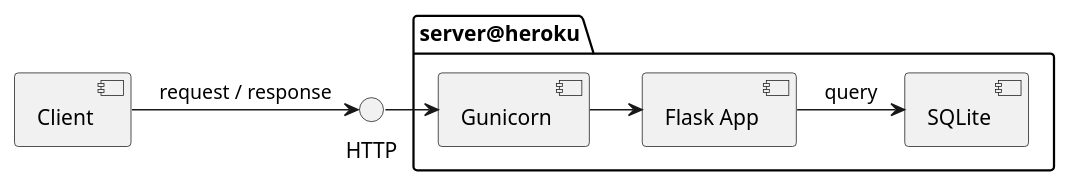
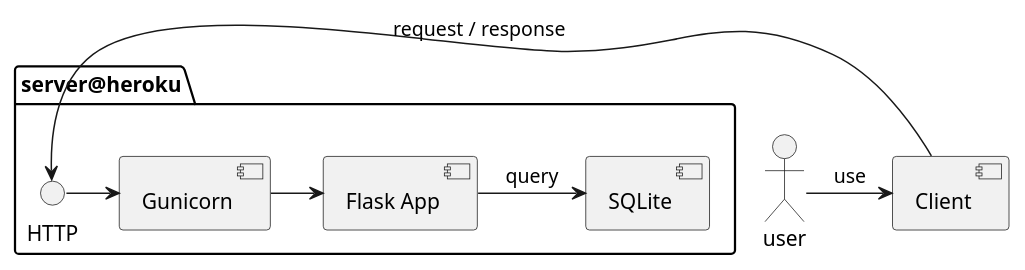
The diagram in diagram.puml (Anddor/flask-todo), drawn with PlantUML before and after one commit.

Commit message:
add actor

```diff
--- a/diagram.puml
+++ b/diagram.puml
@@ -1,16 +1,20 @@
 @startuml diagram
 
 [Client] as c
-c -> HTTP    : request / response
+actor user
 
 package server@heroku {
     [Flask App] as fa
     [Gunicorn] as g
     [SQLite] as db
+    () HTTP as h
 
-    () HTTP -> g
+    h -> g
     g -> fa
     fa -> db : query
 }
 
+c -> h    : request / response
+user -> c : use
+
 @enduml
```
